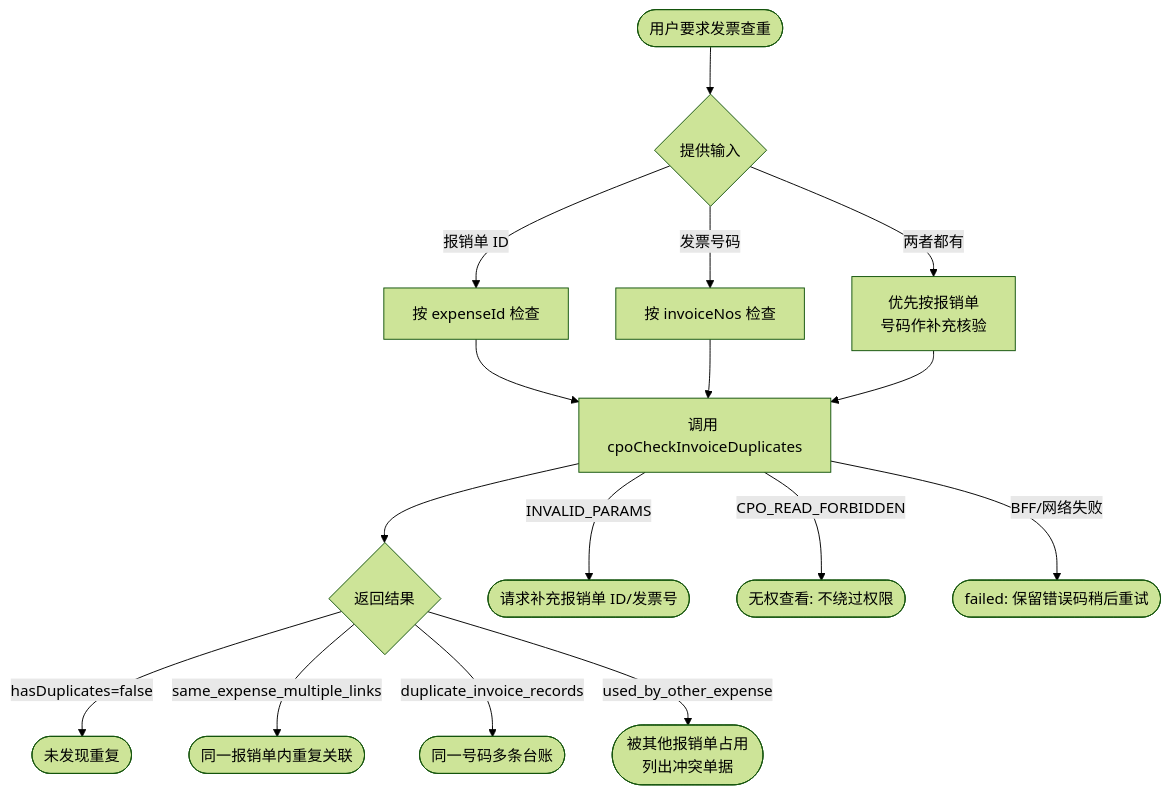
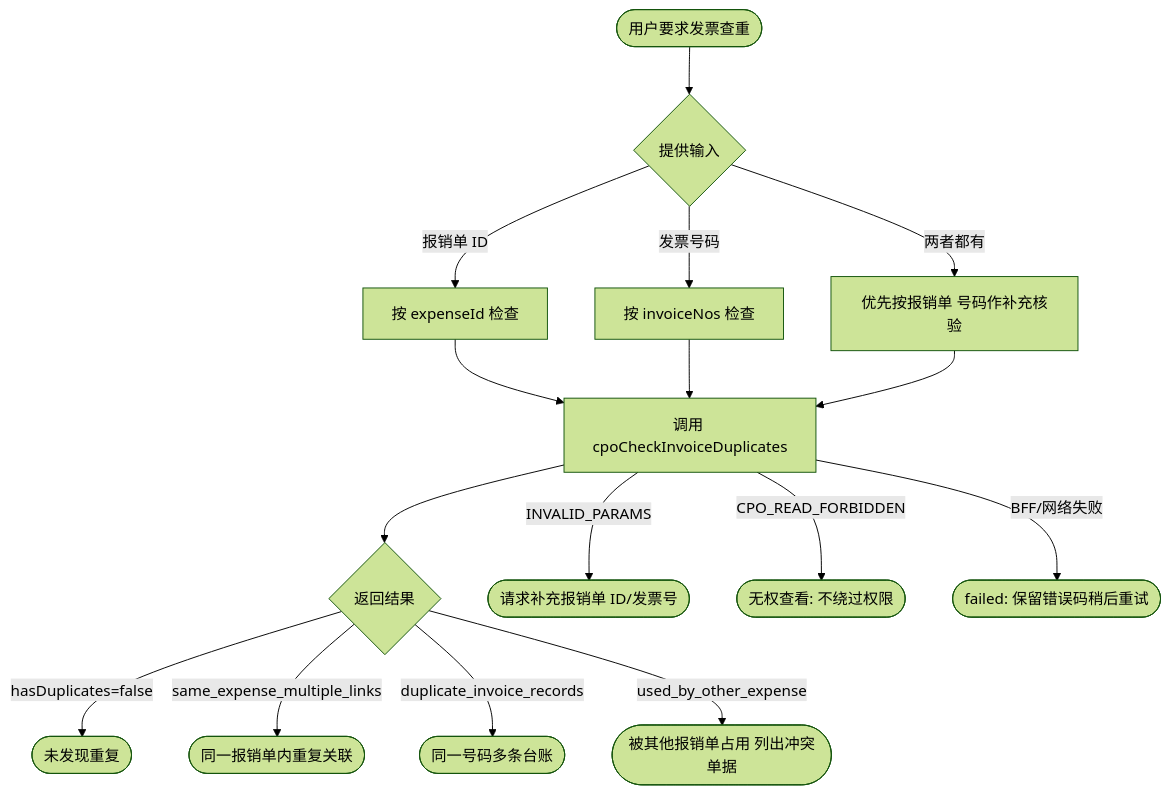
The diagram in .agents/skills/cpo-invoice-duplicate-check/SKILL.md (lovrabet/ei-demo), drawn with Mermaid (forest theme) before and after one commit. The commit also changed 8 other files, not shown here.

Commit message:
feat: 侧边栏菜单移除飞书消息通知；skill 流程图去掉平台不支持的 br 换行标签

````diff
--- a/.agents/skills/cpo-invoice-duplicate-check/SKILL.md
+++ b/.agents/skills/cpo-invoice-duplicate-check/SKILL.md
@@ -16,18 +16,18 @@
 ```mermaid
 flowchart TD
   Start([用户要求发票查重]) --> L1{提供输入}
   L1 -- 报销单 ID --> P1[按 expenseId 检查]
   L1 -- 发票号码 --> P2[按 invoiceNos 检查]
-  L1 -- 两者都有 --> P3[优先按报销单<br/>号码作补充核验]
+  L1 -- 两者都有 --> P3[优先按报销单 号码作补充核验]
   P1 --> CALL[调用 cpoCheckInvoiceDuplicates]
   P2 --> CALL
   P3 --> CALL
   CALL --> R1{返回结果}
   R1 -- hasDuplicates=false --> E1([未发现重复])
   R1 -- same_expense_multiple_links --> E2([同一报销单内重复关联])
   R1 -- duplicate_invoice_records --> E3([同一号码多条台账])
-  R1 -- used_by_other_expense --> E4([被其他报销单占用<br/>列出冲突单据])
+  R1 -- used_by_other_expense --> E4([被其他报销单占用 列出冲突单据])
   CALL -- INVALID_PARAMS --> E5([请求补充报销单 ID/发票号])
   CALL -- CPO_READ_FORBIDDEN --> E6([无权查看: 不绕过权限])
   CALL -- BFF/网络失败 --> E7([failed: 保留错误码稍后重试])
 ```
````
